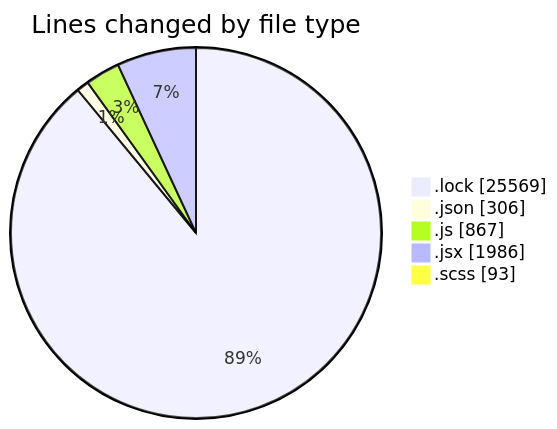
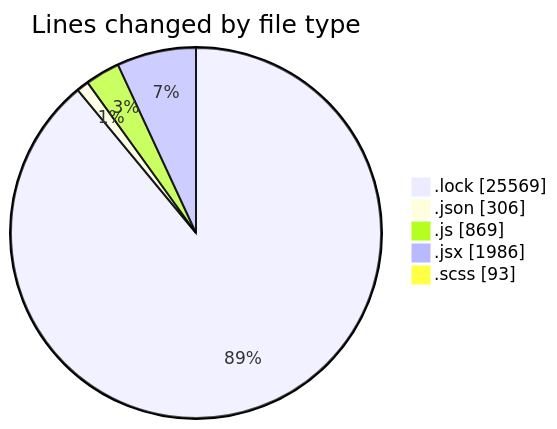
The first of 2 diagrams in 2026-01-07/cda/README.md (momahboobian/code-tracking), drawn with Mermaid before and after one commit. The commit also changed other lines of this file and 1 other file, not shown here.

````diff
--- a/2026-01-07/cda/README.md
+++ b/2026-01-07/cda/README.md
@@ -41,9 +41,9 @@
 ```mermaid
 pie showData
 title Lines changed by file type
 ".lock" : 25569
 ".json" : 306
-".js" : 867
+".js" : 869
 ".jsx" : 1986
 ".scss" : 93
 ```
````
